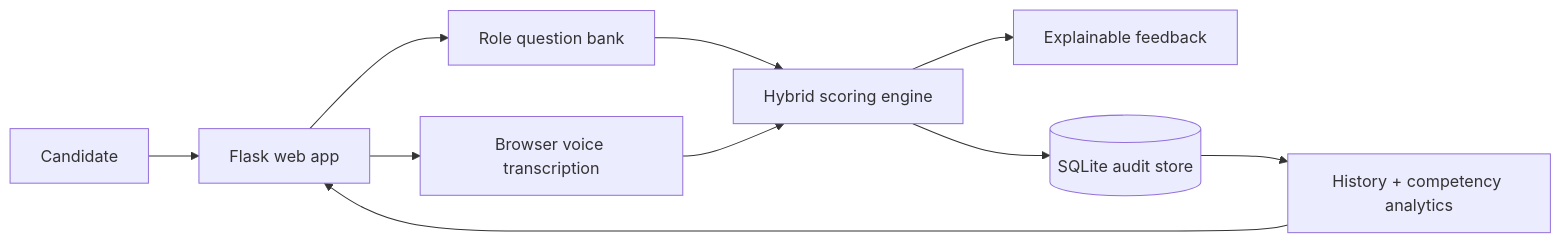
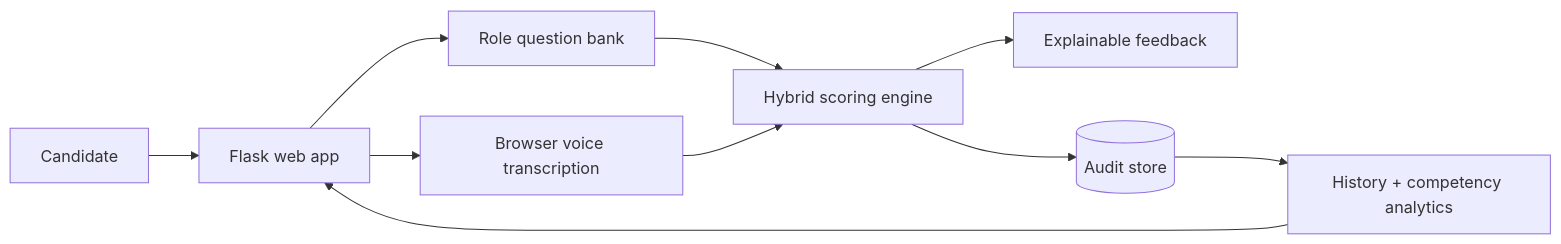
Before and after one commit to rsswethaa/mockhire-ai-interview-platform: the diagram in README.md, drawn with Mermaid. The commit also changed other lines of this file, not shown here.

````diff
--- a/README.md
+++ b/README.md
@@ -25,12 +48,12 @@
 ```mermaid
 flowchart LR
   U[Candidate] --> W[Flask web app]
   W --> Q[Role question bank]
   W --> V[Browser voice transcription]
   Q --> S[Hybrid scoring engine]
   V --> S
   S --> R[Explainable feedback]
-  S --> DB[(SQLite audit store)]
+  S --> DB[(Audit store)]
   DB --> A[History + competency analytics]
   A --> W
 ```
````
